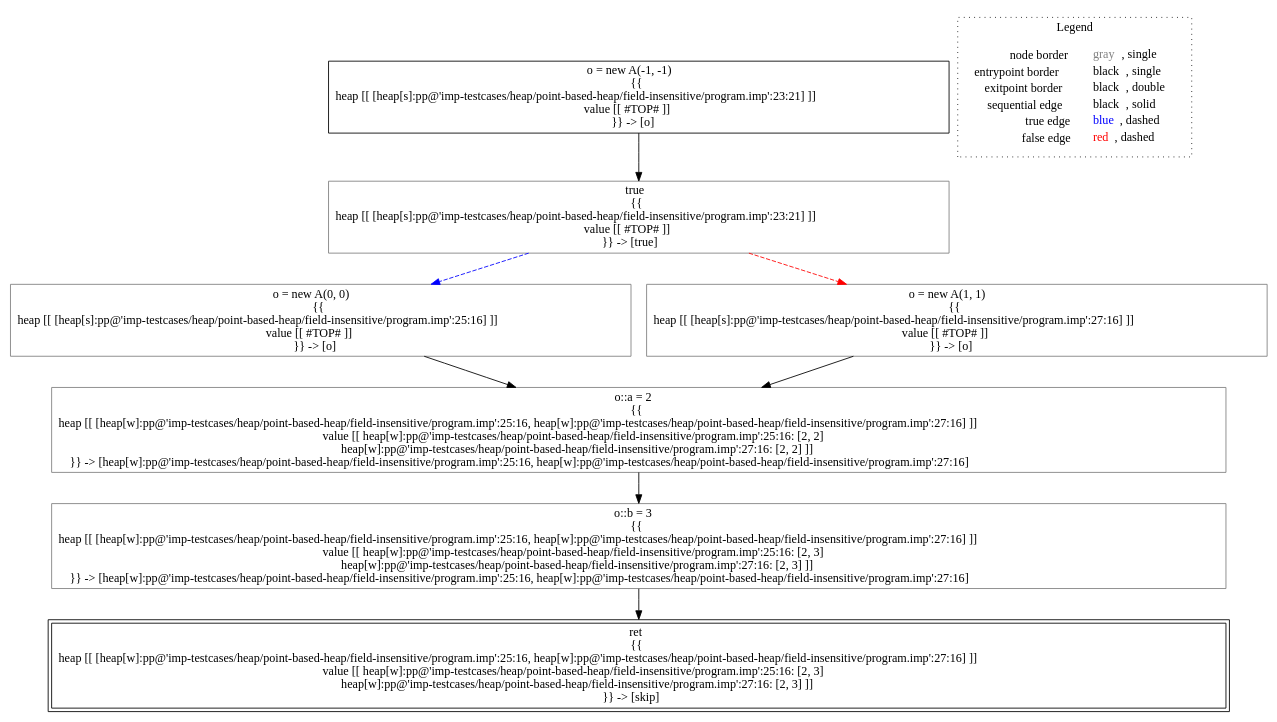
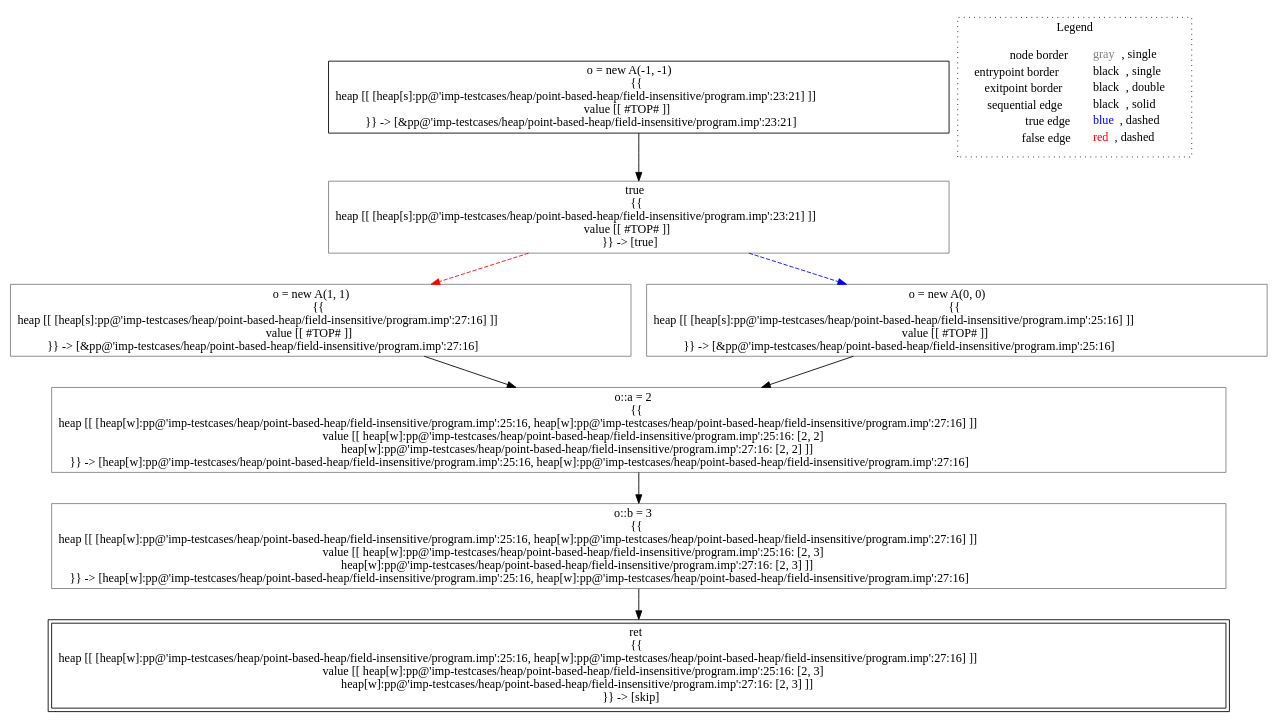
Before and after one commit to lisa-analyzer/lisa: the diagram in lisa/imp-testcases/heap/point-based-heap/field-insensitive/analysis___untyped_A.f3(A_this).dot, drawn with Graphviz. The commit also changed 15 other files, not shown here.

Commit message:
#95 refactoring, simplified point based analysis

```diff
--- a/lisa/imp-testcases/heap/point-based-heap/field-insensitive/analysis___untyped_A.f3(A_this).dot
+++ b/lisa/imp-testcases/heap/point-based-heap/field-insensitive/analysis___untyped_A.f3(A_this).dot
@@ -1,23 +1,23 @@
 digraph {
-	"node0" [shape="rect",color="black",label=<o = new A(-1, -1)<BR/>{{<BR/>heap [[ [heap[s]:pp@'imp-testcases/heap/point-based-heap/field-insensitive/program.imp':23:21] ]]<BR/>value [[ #TOP# ]]<BR/>}} -&gt; [o]>];
-	"node1" [shape="rect",color="gray",label=<true<BR/>{{<BR/>heap [[ [heap[s]:pp@'imp-testcases/heap/point-based-heap/field-insensitive/program.imp':23:21] ]]<BR/>value [[ #TOP# ]]<BR/>}} -&gt; [true]>];
-	"node2" [shape="rect",color="gray",label=<o = new A(0, 0)<BR/>{{<BR/>heap [[ [heap[s]:pp@'imp-testcases/heap/point-based-heap/field-insensitive/program.imp':25:16] ]]<BR/>value [[ #TOP# ]]<BR/>}} -&gt; [o]>];
-	"node3" [shape="rect",color="black",peripheries="2",label=<ret<BR/>{{<BR/>heap [[ [heap[w]:pp@'imp-testcases/heap/point-based-heap/field-insensitive/program.imp':25:16, heap[w]:pp@'imp-testcases/heap/point-based-heap/field-insensitive/program.imp':27:16] ]]<BR/>value [[ heap[w]:pp@'imp-testcases/heap/point-based-heap/field-insensitive/program.imp':25:16: [2, 3]<BR/>heap[w]:pp@'imp-testcases/heap/point-based-heap/field-insensitive/program.imp':27:16: [2, 3] ]]<BR/>}} -&gt; [skip]>];
-	"node4" [shape="rect",color="gray",label=<o = new A(1, 1)<BR/>{{<BR/>heap [[ [heap[s]:pp@'imp-testcases/heap/point-based-heap/field-insensitive/program.imp':27:16] ]]<BR/>value [[ #TOP# ]]<BR/>}} -&gt; [o]>];
-	"node5" [shape="rect",color="gray",label=<o::a = 2<BR/>{{<BR/>heap [[ [heap[w]:pp@'imp-testcases/heap/point-based-heap/field-insensitive/program.imp':25:16, heap[w]:pp@'imp-testcases/heap/point-based-heap/field-insensitive/program.imp':27:16] ]]<BR/>value [[ heap[w]:pp@'imp-testcases/heap/point-based-heap/field-insensitive/program.imp':25:16: [2, 2]<BR/>heap[w]:pp@'imp-testcases/heap/point-based-heap/field-insensitive/program.imp':27:16: [2, 2] ]]<BR/>}} -&gt; [heap[w]:pp@'imp-testcases/heap/point-based-heap/field-insensitive/program.imp':25:16, heap[w]:pp@'imp-testcases/heap/point-based-heap/field-insensitive/program.imp':27:16]>];
-	"node6" [shape="rect",color="gray",label=<o::b = 3<BR/>{{<BR/>heap [[ [heap[w]:pp@'imp-testcases/heap/point-based-heap/field-insensitive/program.imp':25:16, heap[w]:pp@'imp-testcases/heap/point-based-heap/field-insensitive/program.imp':27:16] ]]<BR/>value [[ heap[w]:pp@'imp-testcases/heap/point-based-heap/field-insensitive/program.imp':25:16: [2, 3]<BR/>heap[w]:pp@'imp-testcases/heap/point-based-heap/field-insensitive/program.imp':27:16: [2, 3] ]]<BR/>}} -&gt; [heap[w]:pp@'imp-testcases/heap/point-based-heap/field-insensitive/program.imp':25:16, heap[w]:pp@'imp-testcases/heap/point-based-heap/field-insensitive/program.imp':27:16]>];
-	"node1" -> "node2" [color="blue",style="dashed"];
-	"node1" -> "node4" [color="red",style="dashed"];
-	"node2" -> "node5" [color="black"];
-	"node0" -> "node1" [color="black"];
-	"node4" -> "node5" [color="black"];
-	"node5" -> "node6" [color="black"];
-	"node6" -> "node3" [color="black"];
+	"node0" [shape="rect",color="black",label=<o = new A(-1, -1)<BR/>{{<BR/>heap [[ [heap[s]:pp@'imp-testcases/heap/point-based-heap/field-insensitive/program.imp':23:21] ]]<BR/>value [[ #TOP# ]]<BR/>}} -&gt; [&amp;pp@'imp-testcases/heap/point-based-heap/field-insensitive/program.imp':23:21]>];
+	"node1" [shape="rect",color="gray",label=<o::b = 3<BR/>{{<BR/>heap [[ [heap[w]:pp@'imp-testcases/heap/point-based-heap/field-insensitive/program.imp':25:16, heap[w]:pp@'imp-testcases/heap/point-based-heap/field-insensitive/program.imp':27:16] ]]<BR/>value [[ heap[w]:pp@'imp-testcases/heap/point-based-heap/field-insensitive/program.imp':25:16: [2, 3]<BR/>heap[w]:pp@'imp-testcases/heap/point-based-heap/field-insensitive/program.imp':27:16: [2, 3] ]]<BR/>}} -&gt; [heap[w]:pp@'imp-testcases/heap/point-based-heap/field-insensitive/program.imp':25:16, heap[w]:pp@'imp-testcases/heap/point-based-heap/field-insensitive/program.imp':27:16]>];
+	"node2" [shape="rect",color="gray",label=<o::a = 2<BR/>{{<BR/>heap [[ [heap[w]:pp@'imp-testcases/heap/point-based-heap/field-insensitive/program.imp':25:16, heap[w]:pp@'imp-testcases/heap/point-based-heap/field-insensitive/program.imp':27:16] ]]<BR/>value [[ heap[w]:pp@'imp-testcases/heap/point-based-heap/field-insensitive/program.imp':25:16: [2, 2]<BR/>heap[w]:pp@'imp-testcases/heap/point-based-heap/field-insensitive/program.imp':27:16: [2, 2] ]]<BR/>}} -&gt; [heap[w]:pp@'imp-testcases/heap/point-based-heap/field-insensitive/program.imp':25:16, heap[w]:pp@'imp-testcases/heap/point-based-heap/field-insensitive/program.imp':27:16]>];
+	"node3" [shape="rect",color="gray",label=<o = new A(1, 1)<BR/>{{<BR/>heap [[ [heap[s]:pp@'imp-testcases/heap/point-based-heap/field-insensitive/program.imp':27:16] ]]<BR/>value [[ #TOP# ]]<BR/>}} -&gt; [&amp;pp@'imp-testcases/heap/point-based-heap/field-insensitive/program.imp':27:16]>];
+	"node4" [shape="rect",color="gray",label=<true<BR/>{{<BR/>heap [[ [heap[s]:pp@'imp-testcases/heap/point-based-heap/field-insensitive/program.imp':23:21] ]]<BR/>value [[ #TOP# ]]<BR/>}} -&gt; [true]>];
+	"node5" [shape="rect",color="gray",label=<o = new A(0, 0)<BR/>{{<BR/>heap [[ [heap[s]:pp@'imp-testcases/heap/point-based-heap/field-insensitive/program.imp':25:16] ]]<BR/>value [[ #TOP# ]]<BR/>}} -&gt; [&amp;pp@'imp-testcases/heap/point-based-heap/field-insensitive/program.imp':25:16]>];
+	"node6" [shape="rect",color="black",peripheries="2",label=<ret<BR/>{{<BR/>heap [[ [heap[w]:pp@'imp-testcases/heap/point-based-heap/field-insensitive/program.imp':25:16, heap[w]:pp@'imp-testcases/heap/point-based-heap/field-insensitive/program.imp':27:16] ]]<BR/>value [[ heap[w]:pp@'imp-testcases/heap/point-based-heap/field-insensitive/program.imp':25:16: [2, 3]<BR/>heap[w]:pp@'imp-testcases/heap/point-based-heap/field-insensitive/program.imp':27:16: [2, 3] ]]<BR/>}} -&gt; [skip]>];
+	"node1" -> "node6" [color="black"];
+	"node2" -> "node1" [color="black"];
+	"node3" -> "node2" [color="black"];
+	"node0" -> "node4" [color="black"];
+	"node4" -> "node3" [color="red",style="dashed"];
+	"node4" -> "node5" [color="blue",style="dashed"];
+	"node5" -> "node2" [color="black"];
 subgraph cluster_legend {
 	label="Legend";
 	style=dotted;
 	node [shape=plaintext];
 	"legend" [label=<<table border="0" cellpadding="2" cellspacing="0" cellborder="0"><tr><td align="right">node border&nbsp;</td><td align="left"><font color="gray">gray</font>, single</td></tr><tr><td align="right">entrypoint border&nbsp;</td><td align="left"><font color="black">black</font>, single</td></tr><tr><td align="right">exitpoint border&nbsp;</td><td align="left"><font color="black">black</font>, double</td></tr><tr><td align="right">sequential edge&nbsp;</td><td align="left"><font color="black">black</font>, solid</td></tr><tr><td align="right">true edge&nbsp;</td><td align="left"><font color="blue">blue</font>, dashed</td></tr><tr><td align="right">false edge&nbsp;</td><td align="left"><font color="red">red</font>, dashed</td></tr></table>>];
 }
 
 }
```
